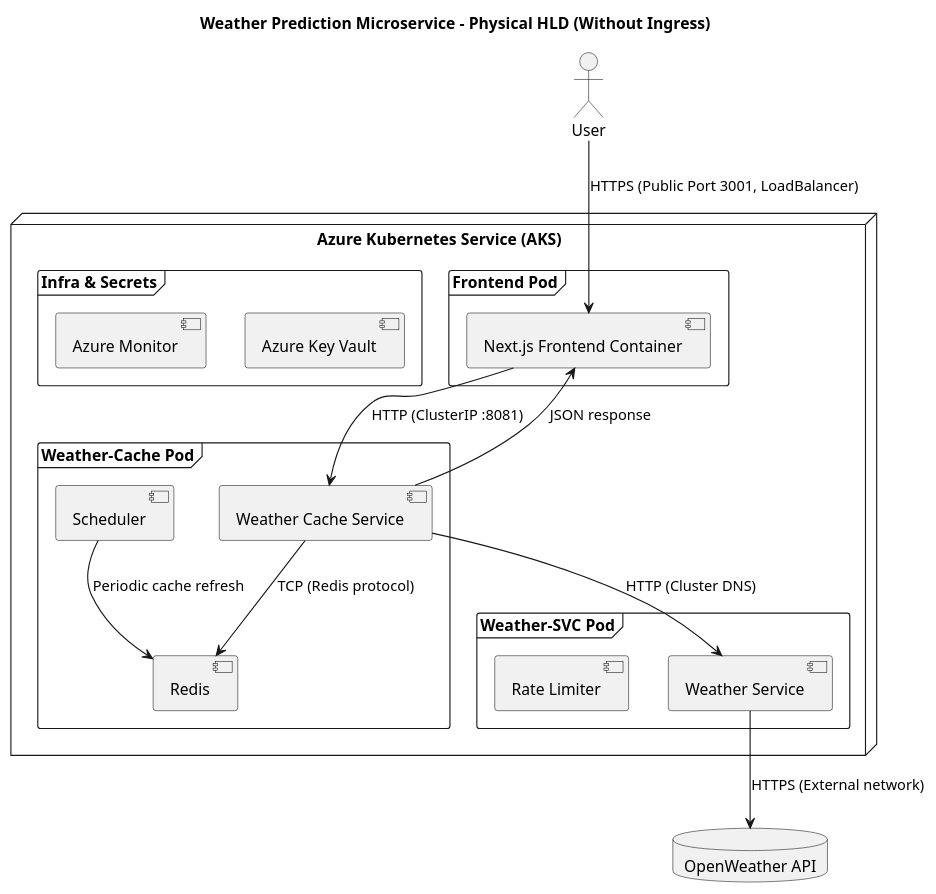
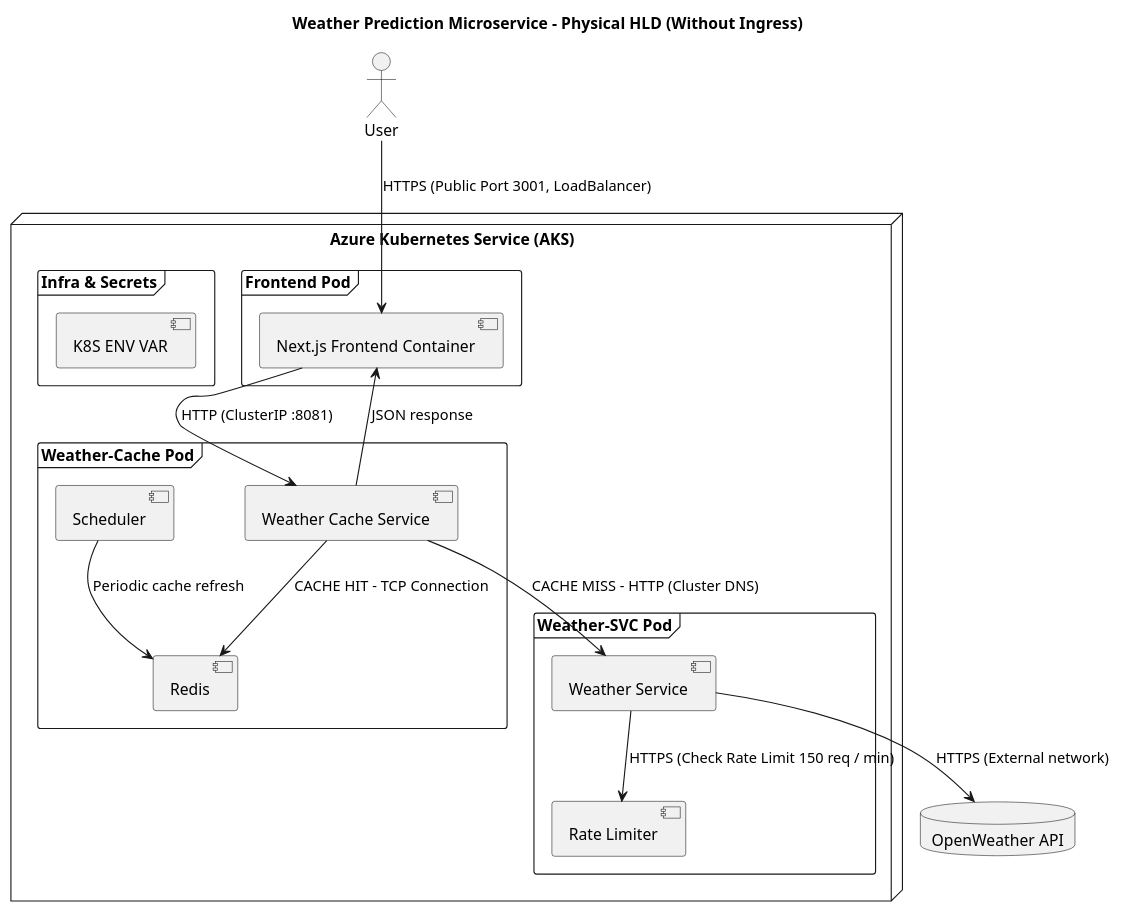
Before and after one commit to shivamnamdeo0101/weather-app: the diagram in diagrams/PHYSICAL_VIEW.puml, drawn with PlantUML. The commit also changed 2 other files, not shown here.

```diff
--- a/diagrams/PHYSICAL_VIEW.puml
+++ b/diagrams/PHYSICAL_VIEW.puml
@@ -1,39 +1,39 @@
 @startuml
 title Weather Prediction Microservice - Physical HLD (Without Ingress)
 
 actor "User" as USER
 database "OpenWeather API" as API
 
 node "Azure Kubernetes Service (AKS)" {
 
   frame "Frontend Pod" {
     [Next.js Frontend Container] as FE
   }
 
   frame "Weather-Cache Pod" {
     [Weather Cache Service] as CACHE
     [Scheduler] as SCHED
     [Redis] as REDIS
   }
 
   frame "Weather-SVC Pod" {
     [Weather Service] as SVC
     [Rate Limiter] as RL
   }
 
   frame "Infra & Secrets" {
-    [Azure Key Vault]
-    [Azure Monitor]
+    [K8S ENV VAR]
   }
 }
 
 ' ===== Connections =====
 USER --> FE : HTTPS (Public Port 3001, LoadBalancer)
 FE --> CACHE : HTTP (ClusterIP :8081)
-CACHE --> REDIS : TCP (Redis protocol)
-CACHE --> SVC : HTTP (Cluster DNS)
+CACHE --> REDIS : CACHE HIT - TCP Connection
+CACHE --> SVC : CACHE MISS - HTTP (Cluster DNS)
 SVC --> API : HTTPS (External network)
+SVC --> RL : HTTPS (Check Rate Limit 150 req / min)
 SCHED --> REDIS : Periodic cache refresh
 CACHE --> FE : JSON response
 
 @enduml
```
